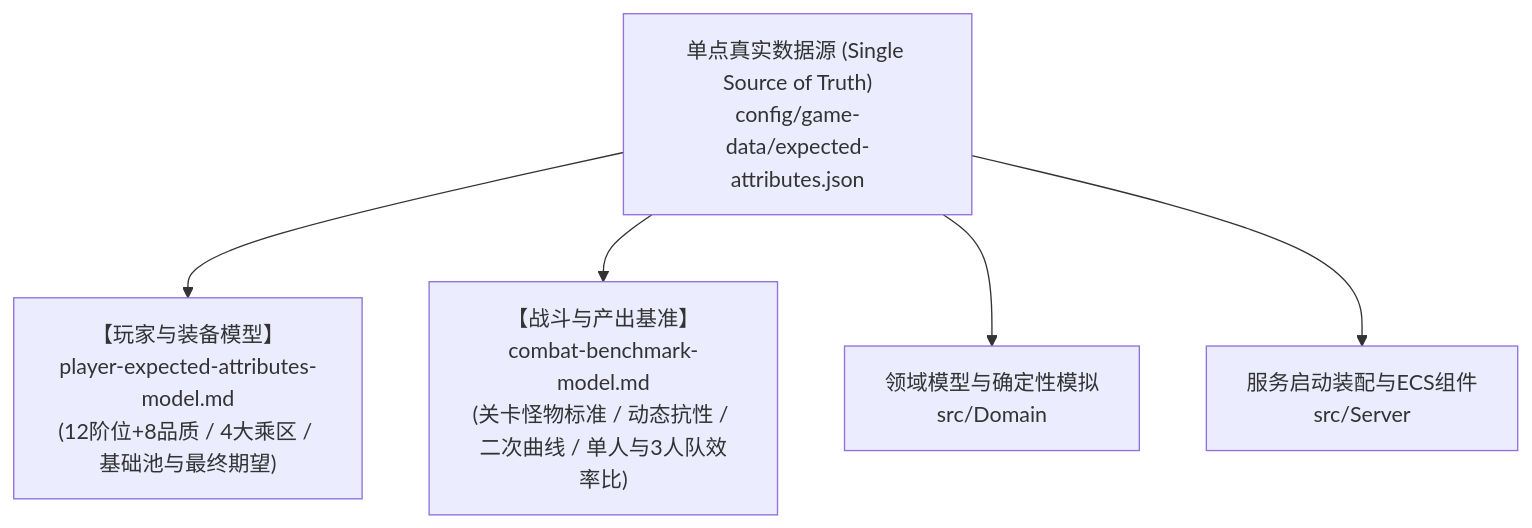
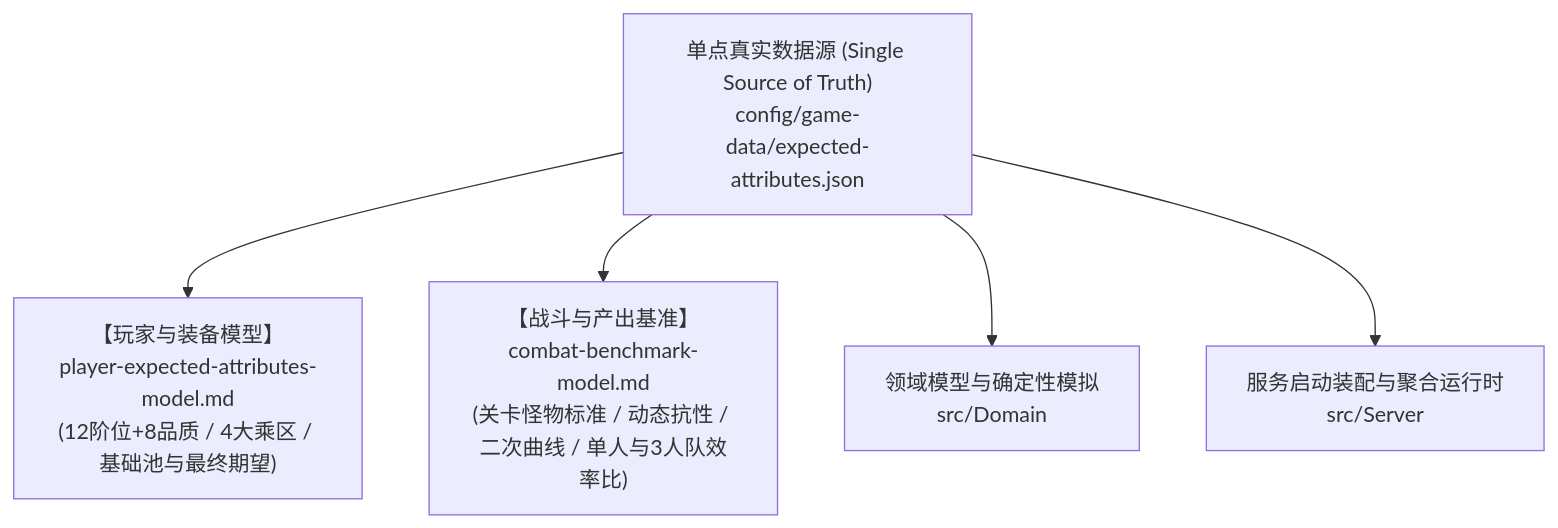
One commit to fruktoguo/daohua changed the diagram in docs/backend/game-data.md. Above: the diagram before and after it, drawn with Mermaid. The commit also changed other lines of this file and 27 other files, not shown here.

````diff
--- a/docs/backend/game-data.md
+++ b/docs/backend/game-data.md
@@ -23,13 +27,13 @@
 ```mermaid
 flowchart TD
     Config["单点真实数据源 (Single Source of Truth)<br>config/game-data/expected-attributes.json"]
     
     Doc1["【玩家与装备模型】<br>player-expected-attributes-model.md<br>(12阶位+8品质 / 4大乘区 / 基础池与最终期望)"]
     Doc2["【战斗与产出基准】<br>combat-benchmark-model.md<br>(关卡怪物标准 / 动态抗性 / 二次曲线 / 单人与3人队效率比)"]
     
     Domain["领域模型与确定性模拟<br>src/Domain"]
-    Server["服务启动装配与ECS组件<br>src/Server"]
+    Server["服务启动装配与聚合运行时<br>src/Server"]
     
     Config --> Doc1 & Doc2
     Config --> Domain & Server
 ```
````
